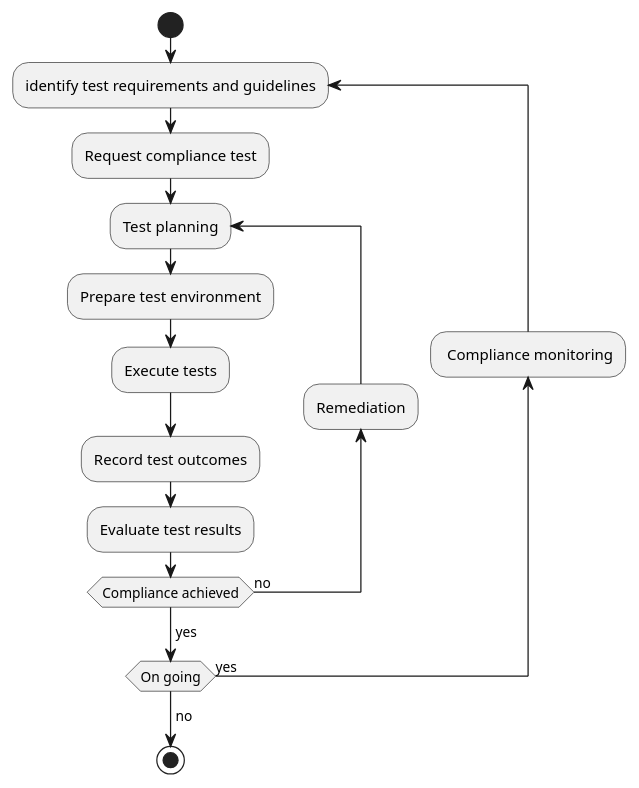
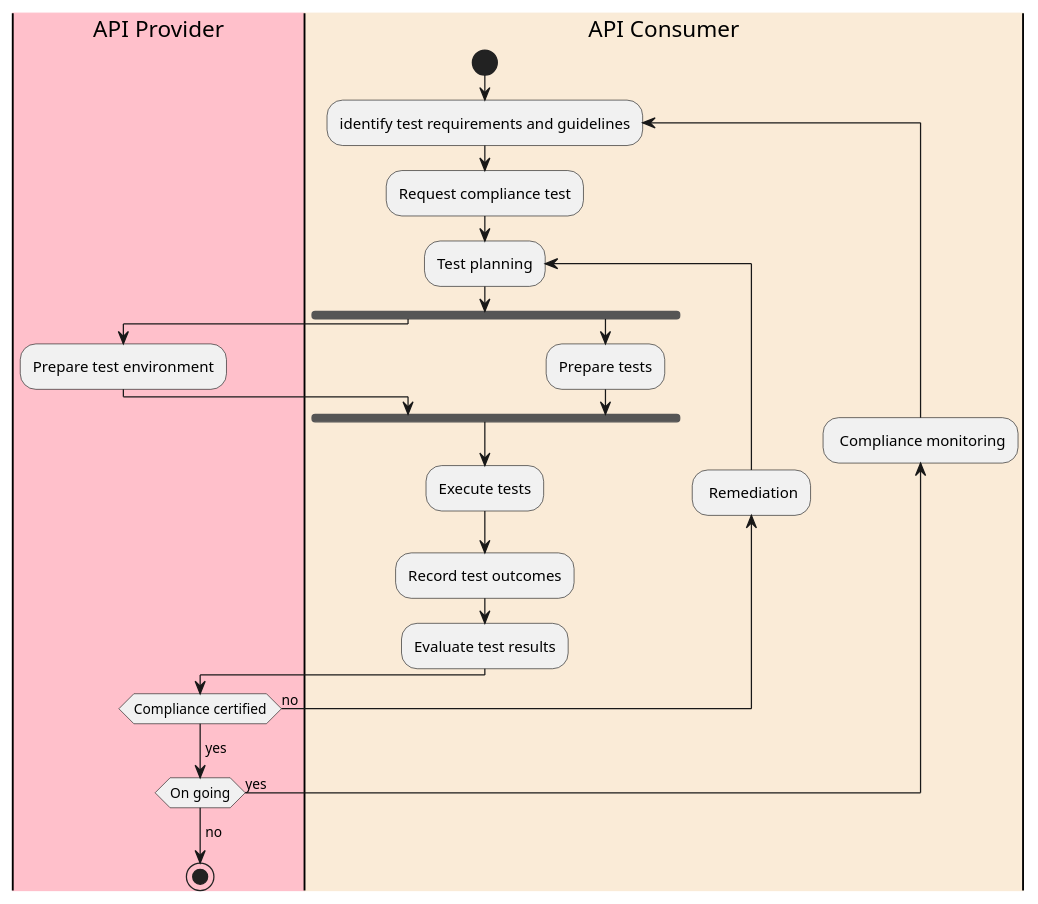
Before and after one commit to tewhatuora/api-standards: the diagram in docs/api-publishing/08-ComplianceTesting.md, drawn with PlantUML. The commit also changed other lines of this file, not shown here.

Commit message:
Added actors to activity diagram as suggested
- Actors are added
- Assigned activities to actors
- Added fork for preparations

````diff
--- a/docs/api-publishing/08-ComplianceTesting.md
+++ b/docs/api-publishing/08-ComplianceTesting.md
@@ -99,19 +99,33 @@
 ```plantuml alt="Example of Compliance Testing Process"
 @startuml
+
+|#pink|p|API Provider
+|#antiquewhite|c|API Consumer
+|c|
 start
 repeat:identify test requirements and guidelines;
 :Request compliance test;
 repeat:Test planning;
-:Prepare test environment;
+fork
+    |p|
+    :Prepare test environment;
+fork again
+    |c|
+    :Prepare tests;
+end fork
+|c|
 :Execute tests;
 :Record test outcomes;
 :Evaluate test results;
-backward:Remediation; 
-repeat while (Compliance achieved) is (no);
+backward: Remediation;
+|p|
+repeat while (Compliance certified) is (no);
 ->yes;
+|c|
 backward: Compliance monitoring;
+|p|
 repeat while (On going) is (yes);
 ->no;
 stop
 @enduml
 ```
````
